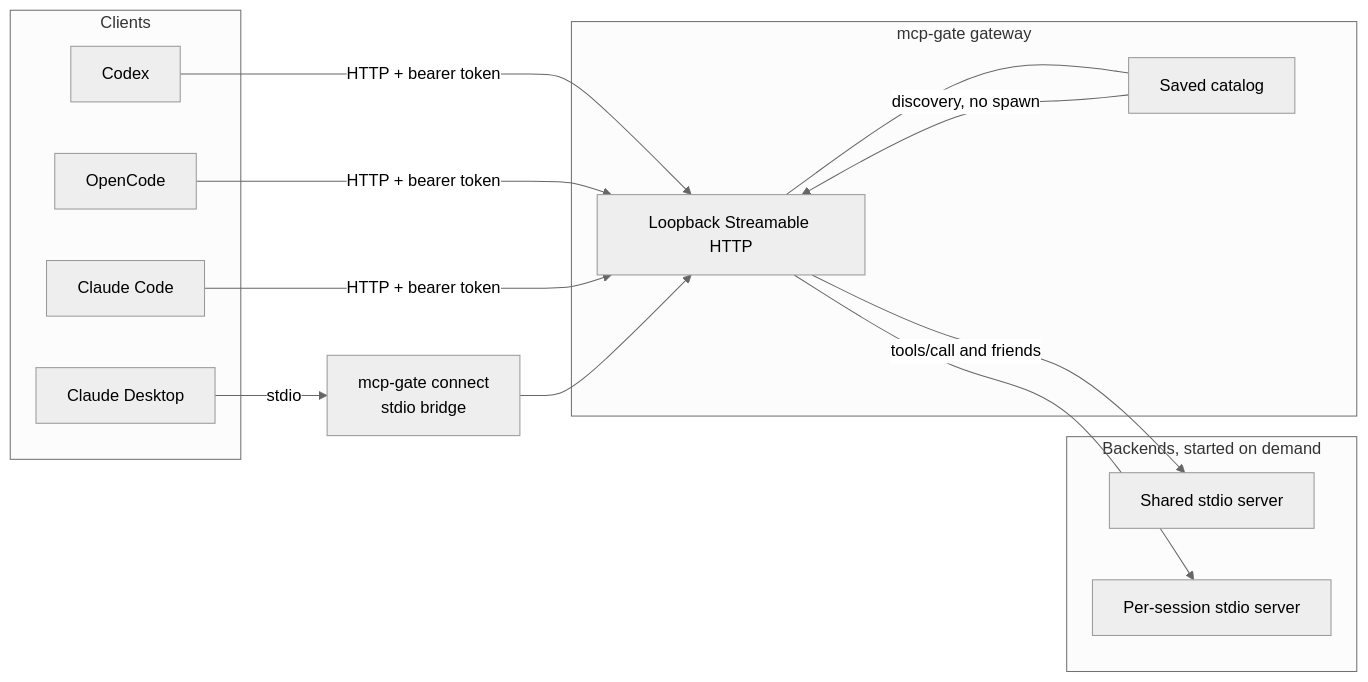
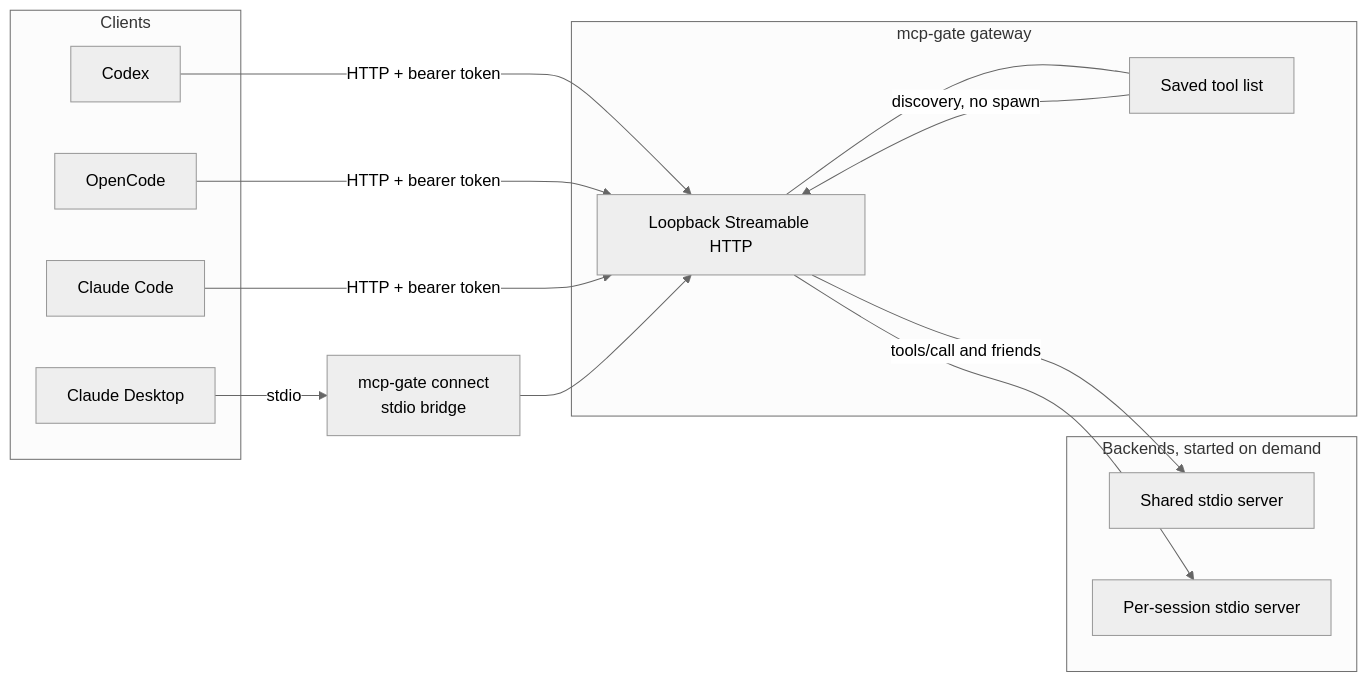
Before and after one commit to Matvey-Radchenko/mcp-gate: the diagram in README.md, drawn with Mermaid (neutral theme). The commit also changed other lines of this file and 10 other files, not shown here.

````diff
--- a/README.md
+++ b/README.md
@@ -195,27 +193,27 @@
 ```mermaid
 flowchart LR
   subgraph clients [Clients]
     Codex
     OpenCode
     Claude[Claude Code]
     Desktop[Claude Desktop]
   end
   Bridge[mcp-gate connect<br/>stdio bridge]
   subgraph gate [mcp-gate gateway]
     HTTP[Loopback Streamable HTTP]
-    Catalog[Saved catalog]
+    Catalog[Saved tool list]
     HTTP --- Catalog
   end
   subgraph backends [Backends, started on demand]
     Shared[Shared stdio server]
     Session[Per-session stdio server]
   end
   Codex -->|HTTP + bearer token| HTTP
   OpenCode -->|HTTP + bearer token| HTTP
   Claude -->|HTTP + bearer token| HTTP
   Desktop -->|stdio| Bridge
   Bridge --> HTTP
   Catalog -->|discovery, no spawn| HTTP
   HTTP -->|tools/call and friends| Shared
   HTTP --> Session
 ```
````
